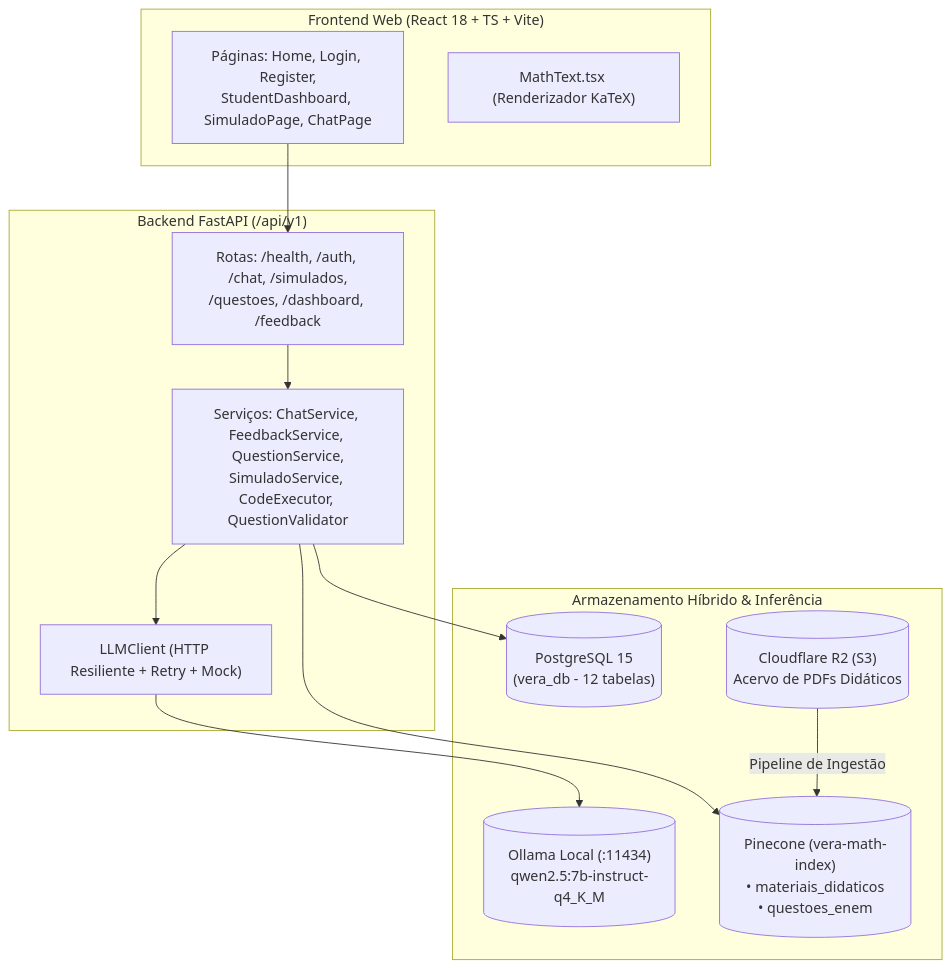
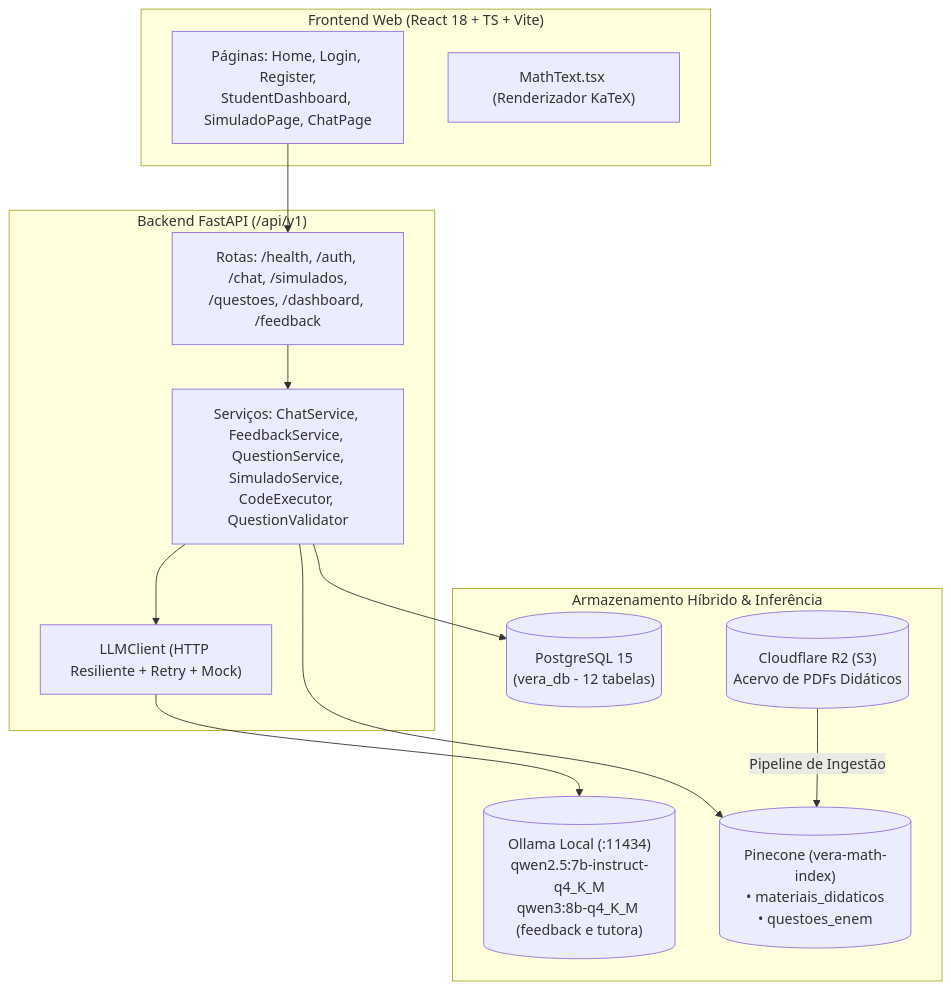
The diagram in docs/01-arquitetura-e-dados/visao-arquitetural.md (burnesz/vera), drawn with Mermaid before and after one commit. The commit also changed other lines of this file and 2 other files, not shown here.

````diff
--- a/docs/01-arquitetura-e-dados/visao-arquitetural.md
+++ b/docs/01-arquitetura-e-dados/visao-arquitetural.md
@@ -25,28 +25,28 @@
 ```mermaid
 flowchart TB
     subgraph Frontend ["Frontend Web (React 18 + TS + Vite)"]
         UI["Páginas: Home, Login, Register,\nStudentDashboard, SimuladoPage, ChatPage"]
         KATEX["MathText.tsx (Renderizador KaTeX)"]
     end
 
     subgraph Backend ["Backend FastAPI (/api/v1)"]
         API["Rotas: /health, /auth, /chat, /simulados,\n/questoes, /dashboard, /feedback"]
         SVC["Serviços: ChatService, FeedbackService, QuestionService,\nSimuladoService, CodeExecutor, QuestionValidator"]
         LLM["LLMClient (HTTP Resiliente + Retry + Mock)"]
     end
 
     subgraph Storage ["Armazenamento Híbrido & Inferência"]
-        OLLAMA[("Ollama Local (:11434)\nqwen2.5:7b-instruct-q4_K_M")]
+        OLLAMA[("Ollama Local (:11434)\nqwen2.5:7b-instruct-q4_K_M\nqwen3:8b-q4_K_M (feedback e tutora)")]
         PG[("PostgreSQL 15\n(vera_db - 12 tabelas)")]
         PC[("Pinecone (vera-math-index)\n• materiais_didaticos\n• questoes_enem")]
         R2[("Cloudflare R2 (S3)\nAcervo de PDFs Didáticos")]
     end
 
     UI --> API
     API --> SVC
     SVC --> LLM
     LLM --> OLLAMA
     SVC --> PG
     SVC --> PC
     R2 -->|"Pipeline de Ingestão"| PC
 ```
````
